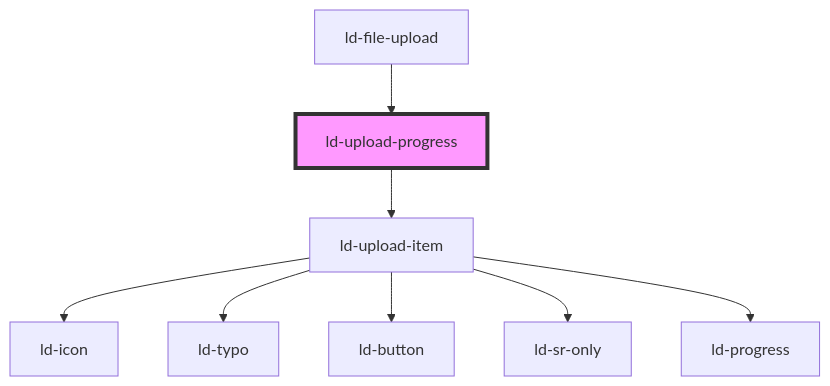
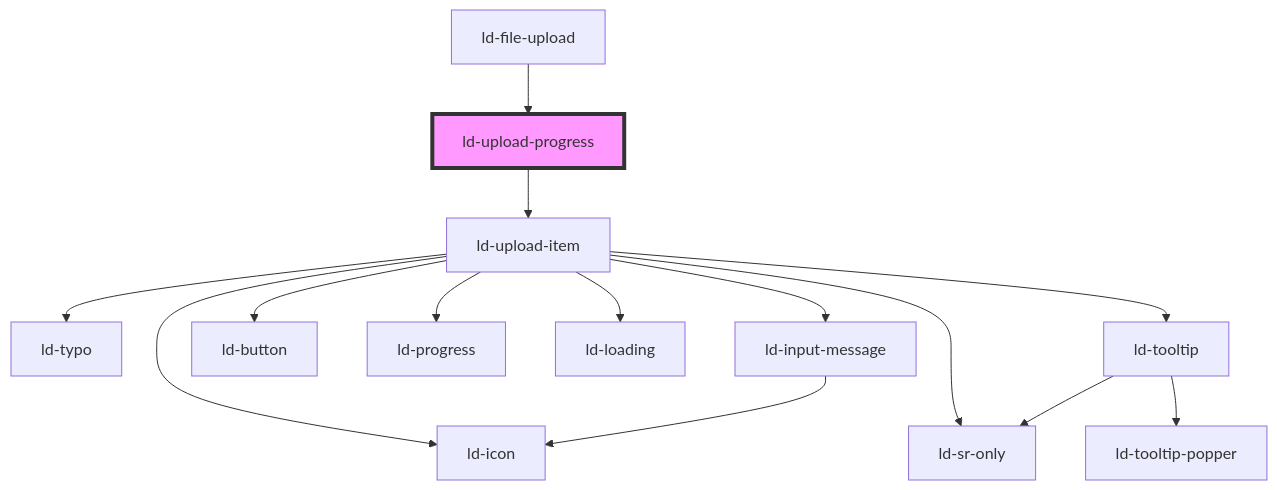
The diagram in src/liquid/components/ld-file-upload/ld-upload-progress/readme.md (emdgroup-liquid/liquid), drawn with Mermaid before and after one commit. The commit also changed other lines of this file and 18 other files, not shown here.

````diff
--- a/src/liquid/components/ld-file-upload/ld-upload-progress/readme.md
+++ b/src/liquid/components/ld-file-upload/ld-upload-progress/readme.md
@@ -66,11 +59,17 @@
 ```mermaid
 graph TD;
   ld-upload-progress --> ld-upload-item
   ld-upload-item --> ld-icon
   ld-upload-item --> ld-typo
+  ld-upload-item --> ld-tooltip
   ld-upload-item --> ld-button
   ld-upload-item --> ld-sr-only
   ld-upload-item --> ld-progress
+  ld-upload-item --> ld-loading
+  ld-upload-item --> ld-input-message
+  ld-tooltip --> ld-sr-only
+  ld-tooltip --> ld-tooltip-popper
+  ld-input-message --> ld-icon
   ld-file-upload --> ld-upload-progress
   style ld-upload-progress fill:#f9f,stroke:#333,stroke-width:4px
 ```
````
